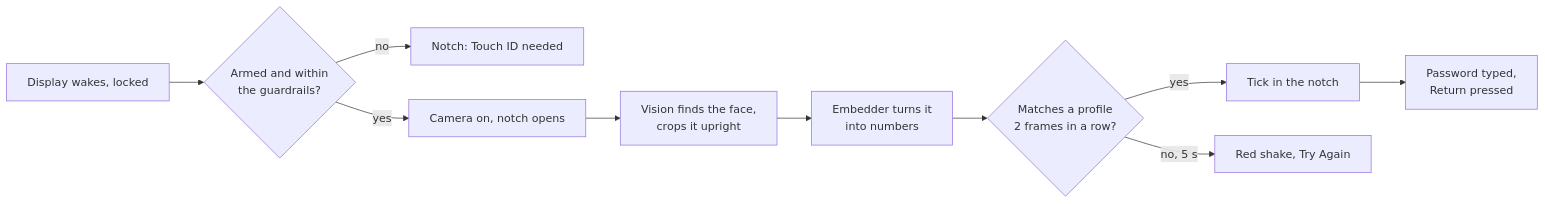
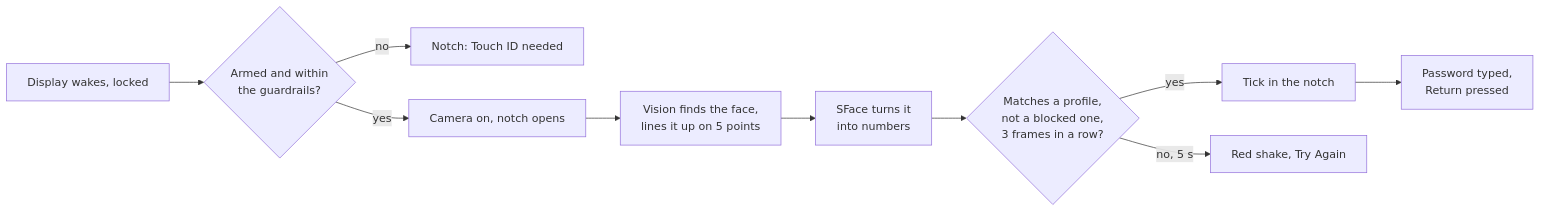
One commit to Pallepadehat/WatchMyFace changed the diagram in README.md. Above: the diagram before and after it, drawn with Mermaid. The commit also changed other lines of this file and 5 other files, not shown here.

Commit message:
Document the face model, alignment and blocked faces

````diff
--- a/README.md
+++ b/README.md
@@ -78,11 +82,11 @@
 ```mermaid
 flowchart LR
     wake[Display wakes, locked] --> armed{Armed and within<br>the guardrails?}
     armed -- no --> notice[Notch: Touch ID needed]
     armed -- yes --> scan[Camera on, notch opens]
-    scan --> vision[Vision finds the face,<br>crops it upright]
-    vision --> embed[Embedder turns it<br>into numbers]
-    embed --> match{Matches a profile<br>2 frames in a row?}
+    scan --> vision[Vision finds the face,<br>lines it up on 5 points]
+    vision --> embed[SFace turns it<br>into numbers]
+    embed --> match{Matches a profile,<br>not a blocked one,<br>3 frames in a row?}
     match -- yes --> tick[Tick in the notch] --> type[Password typed,<br>Return pressed]
     match -- "no, 5 s" --> shake[Red shake, Try Again]
 ```
````
